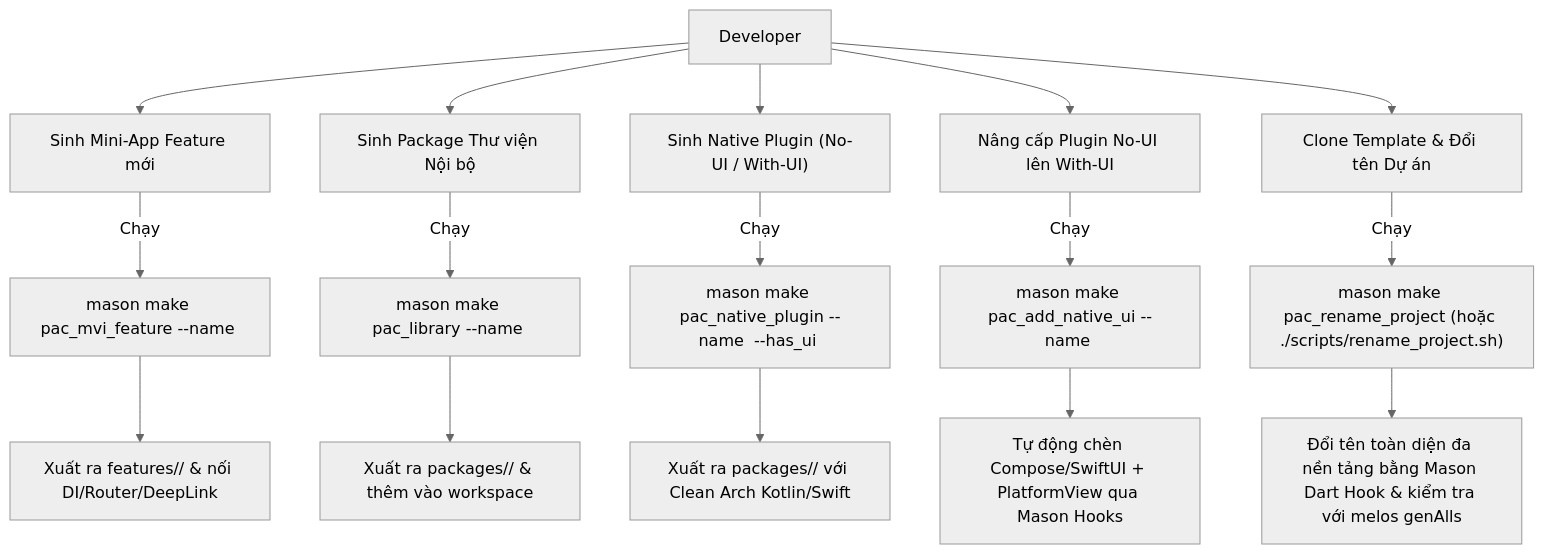
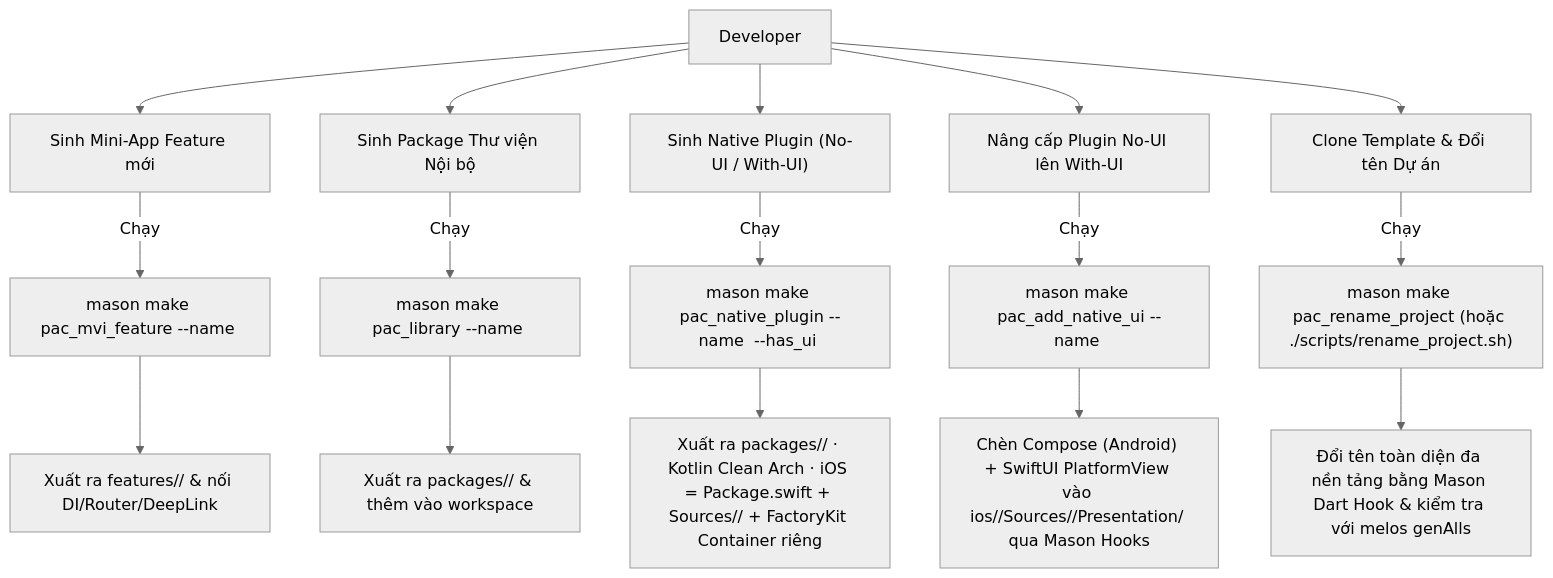
Before and after one commit to DanhDue/bloc_digital_wallet: the second of 3 diagrams in .devtool/epic/flutter_super_app_template/flutter_super_app_template.vi.md, drawn with Mermaid (neutral theme). The commit also changed other lines of this file and 9 other files, not shown here.

````diff
--- a/.devtool/epic/flutter_super_app_template/flutter_super_app_template.vi.md
+++ b/.devtool/epic/flutter_super_app_template/flutter_super_app_template.vi.md
@@ -105,23 +110,23 @@
 ```mermaid
 flowchart TD
     Dev["Developer"] --> U1["Sinh Mini-App Feature mới"]
     Dev --> U2["Sinh Package Thư viện Nội bộ"]
     Dev --> U3["Sinh Native Plugin (No-UI / With-UI)"]
     Dev --> U4["Nâng cấp Plugin No-UI lên With-UI"]
     Dev --> U5["Clone Template & Đổi tên Dự án"]
 
     U1 -->|Chạy| B1["mason make pac_mvi_feature --name <name>"]
     B1 --> O1["Xuất ra features/<name>/ & nối DI/Router/DeepLink"]
 
     U2 -->|Chạy| B2["mason make pac_library --name <name>"]
     B2 --> O2["Xuất ra packages/<name>/ & thêm vào workspace"]
 
     U3 -->|Chạy| B3["mason make pac_native_plugin --name <name> --has_ui <bool>"]
-    B3 --> O3["Xuất ra packages/<name>/ với Clean Arch Kotlin/Swift"]
+    B3 --> O3["Xuất ra packages/<name>/ · Kotlin Clean Arch · iOS = Package.swift + Sources/<name>/ + FactoryKit Container riêng"]
 
     U4 -->|Chạy| B4["mason make pac_add_native_ui --name <name>"]
-    B4 --> O4["Tự động chèn Compose/SwiftUI + PlatformView qua Mason Hooks"]
+    B4 --> O4["Chèn Compose (Android) + SwiftUI PlatformView vào ios/<name>/Sources/<name>/Presentation/ qua Mason Hooks"]
 
     U5 -->|Chạy| S1["mason make pac_rename_project (hoặc ./scripts/rename_project.sh)"]
     S1 --> O5["Đổi tên toàn diện đa nền tảng bằng Mason Dart Hook & kiểm tra với melos genAlls"]
 ```
````
